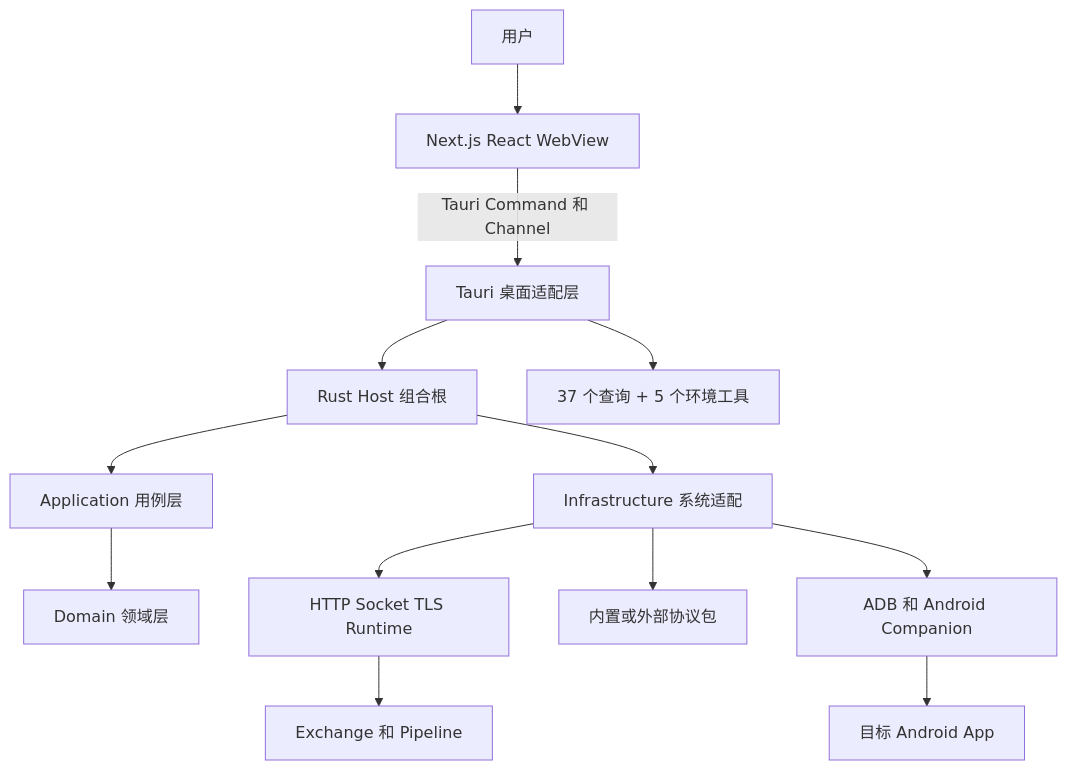
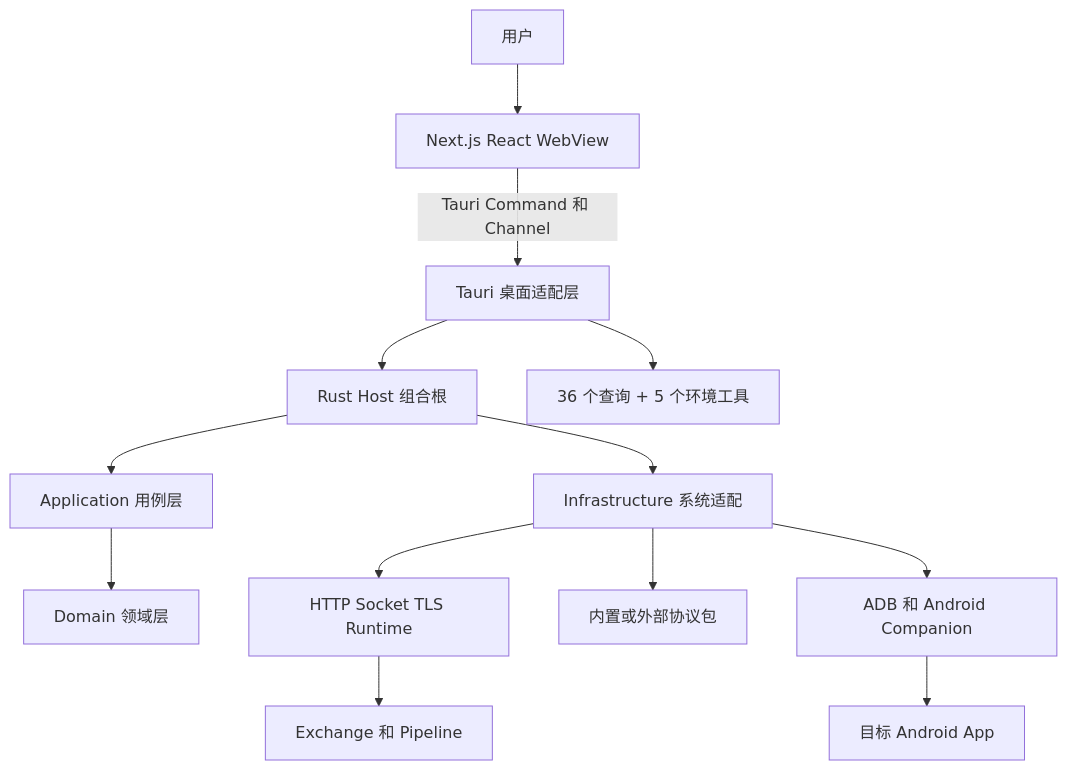
One commit to kouxko/gmofg-payment-proxy changed the diagram in docs/onboarding-guide.md. Above: the diagram before and after it, drawn with Mermaid. The commit also changed other lines of this file and 32 other files, not shown here.

Commit message:
docs(architecture): align package and rule contracts

````diff
--- a/docs/onboarding-guide.md
+++ b/docs/onboarding-guide.md
@@ -24,15 +24,15 @@
 ```mermaid
 flowchart TB
     USER[用户] --> UI[Next.js React WebView]
     UI -->|Tauri Command 和 Channel| DESKTOP[Tauri 桌面适配层]
     DESKTOP --> HOST[Rust Host 组合根]
     HOST --> APP[Application 用例层]
     APP --> DOMAIN[Domain 领域层]
     HOST --> INFRA[Infrastructure 系统适配]
     INFRA --> RUNTIME[HTTP Socket TLS Runtime]
     RUNTIME --> EXCHANGE[Exchange 和 Pipeline]
     INFRA --> SCRIPT[内置或外部协议包]
-    DESKTOP --> MCP[37 个查询 + 5 个环境工具]
+    DESKTOP --> MCP[36 个查询 + 5 个环境工具]
     INFRA --> ANDROID[ADB 和 Android Companion]
     ANDROID --> TARGET[目标 Android App]
 ```
````
